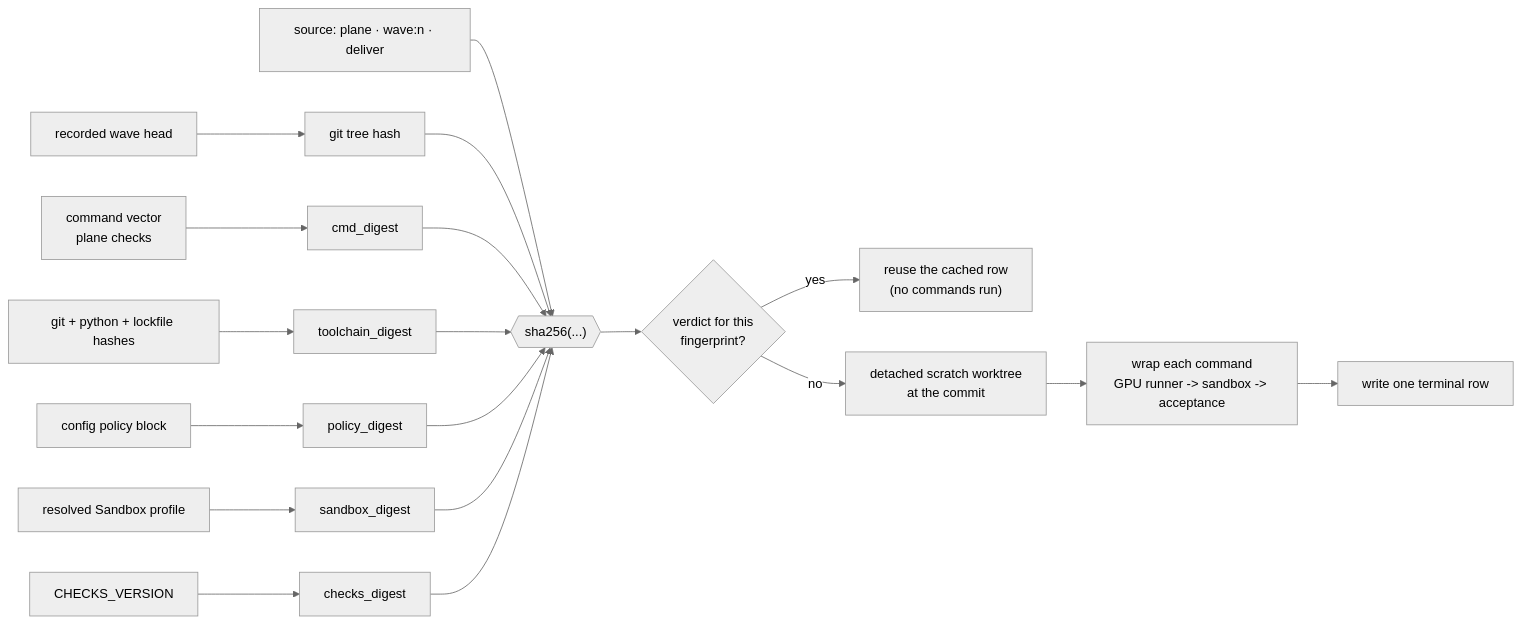
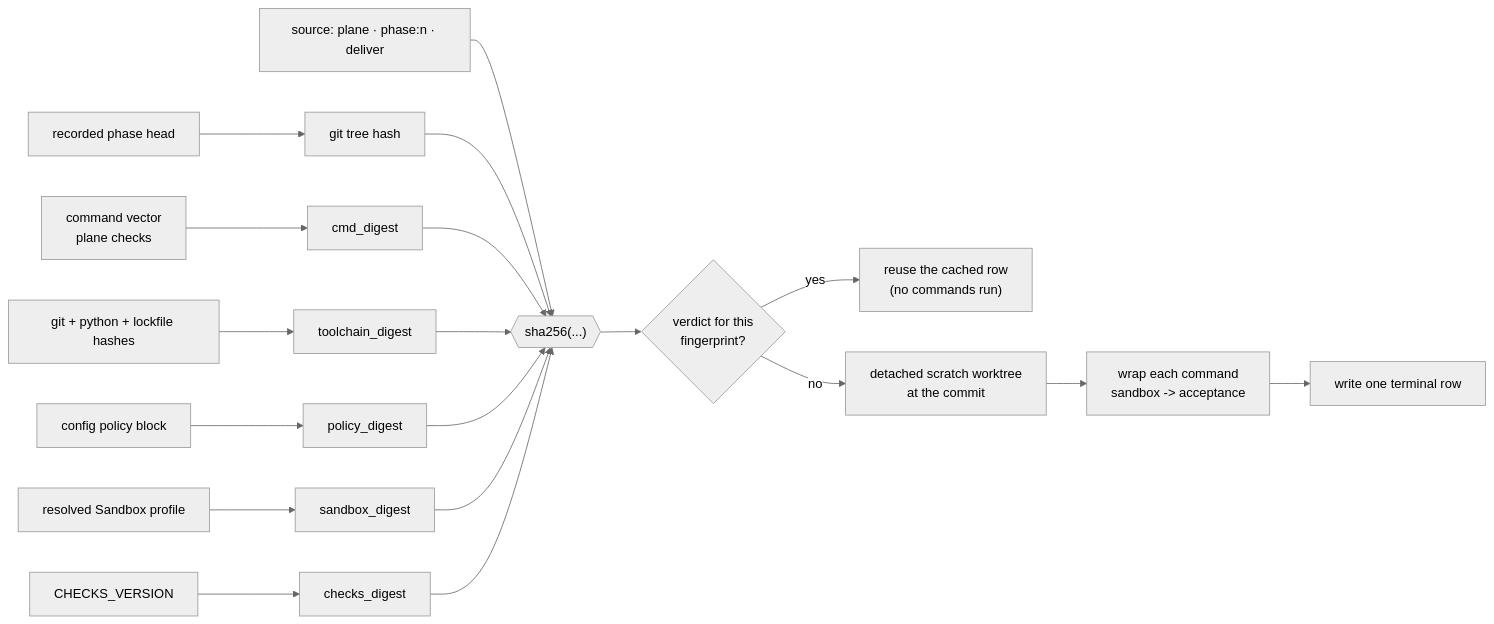
The sixth of 10 diagrams in docs/architecture.md (ming6ao/sliceme), drawn with Mermaid (neutral theme) before and after one commit. The commit also changed other lines of this file and 57 other files, not shown here.

First line of the commit message:
refactor: remove GPU handling and rename wave to phase

````diff
--- a/docs/architecture.md
+++ b/docs/architecture.md
@@ -284,22 +283,22 @@
 ```mermaid
 flowchart LR
-  HEAD["recorded wave head"] --> TREE["git tree hash"]
+  HEAD["recorded phase head"] --> TREE["git tree hash"]
   CMDS["command vector<br/>plane checks"] --> CMDD["cmd_digest"]
   TOOL["git + python + lockfile hashes"] --> TOOLD["toolchain_digest"]
   POL["config policy block"] --> POLD["policy_digest"]
   SBX["resolved Sandbox profile"] --> SBXD["sandbox_digest"]
   CHV["CHECKS_VERSION"] --> CHD["checks_digest"]
-  SRC["source: plane · wave:n · deliver"] --> FP{{"sha256(...)"}}
+  SRC["source: plane · phase:n · deliver"] --> FP{{"sha256(...)"}}
 
   TREE --> FP
   CMDD --> FP
   TOOLD --> FP
   POLD --> FP
   SBXD --> FP
   CHD --> FP
   FP --> LOOKUP{"verdict for this<br/>fingerprint?"}
   LOOKUP -- "yes" --> REUSE["reuse the cached row<br/>(no commands run)"]
   LOOKUP -- "no" --> SCRATCH["detached scratch worktree<br/>at the commit"]
-  SCRATCH --> WRAP["wrap each command<br/>GPU runner -> sandbox -> acceptance"]
+  SCRATCH --> WRAP["wrap each command<br/>sandbox -> acceptance"]
   WRAP --> RECORD["write one terminal row"]
 ```
````
